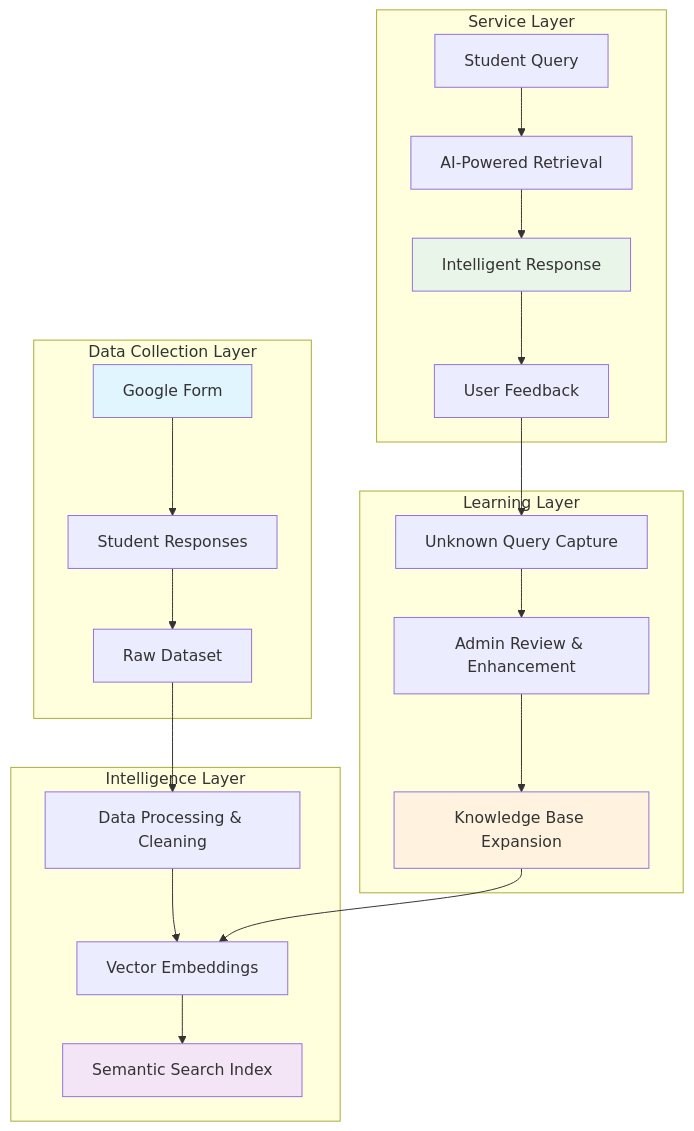
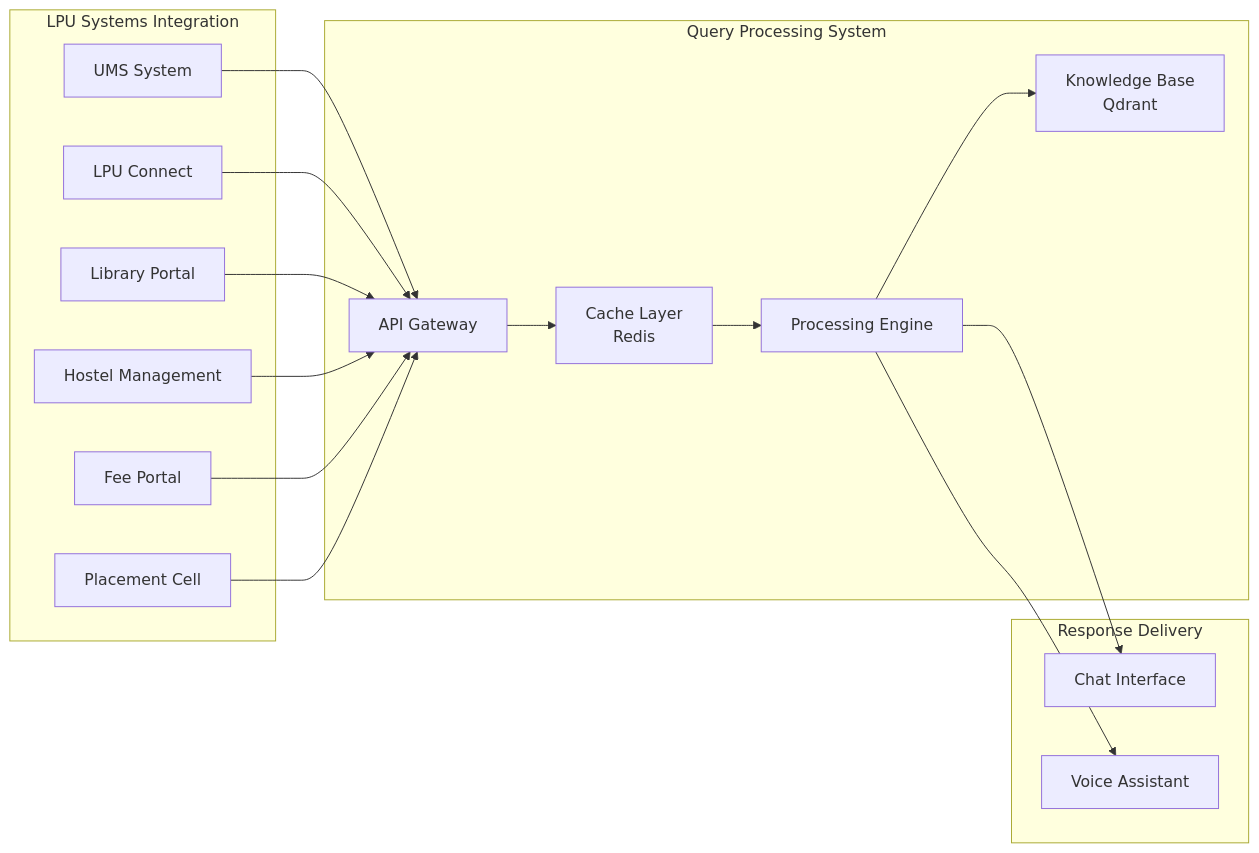
The second of 2 diagrams in lpu-query-chatbot/docs/proposal.md (itisrohit/lol), drawn with Mermaid before and after one commit. The commit also changed other lines of this file and 2 other files, not shown here.

````diff
--- a/lpu-query-chatbot/docs/proposal.md
+++ b/lpu-query-chatbot/docs/proposal.md
@@ -37,31 +289,36 @@
 ```mermaid
-graph TB
-    subgraph "Data Collection Layer"
-        A1[Google Form] --> A2[Student Responses]
-        A2 --> A3[Raw Dataset]
+graph LR
+    subgraph "LPU Systems Integration"
+        A[UMS System]
+        B[LPU Connect]
+        C[Library Portal]
+        D[Hostel Management]
+        E[Fee Portal]
+        F[Placement Cell]
     end
     
-    subgraph "Intelligence Layer"
-        A3 --> B1[Data Processing & Cleaning]
-        B1 --> B2[Vector Embeddings]
-        B2 --> B3[Semantic Search Index]
+    subgraph "Query Processing System"
+        G[API Gateway]
+        H[Cache Layer<br/>Redis]
+        I[Processing Engine]
+        J[Knowledge Base<br/>Qdrant]
     end
     
-    subgraph "Service Layer"
-        C1[Student Query] --> C2[AI-Powered Retrieval]
-        C2 --> C3[Intelligent Response]
-        C3 --> C4[User Feedback]
+    subgraph "Response Delivery"
+        K[Chat Interface]
+        N[Voice Assistant]
     end
     
-    subgraph "Learning Layer"
-        C4 --> D1[Unknown Query Capture]
-        D1 --> D2[Admin Review & Enhancement]
-        D2 --> D3[Knowledge Base Expansion]
-        D3 --> B2
-    end
+    A --> G
+    B --> G
+    C --> G
+    D --> G
+    E --> G
+    F --> G
     
-    style A1 fill:#e1f5fe
-    style B3 fill:#f3e5f5
-    style C3 fill:#e8f5e8
-    style D3 fill:#fff3e0
+    G --> H
+    H --> I
+    I --> J
+    I --> K
+    I --> N
 ```
````
